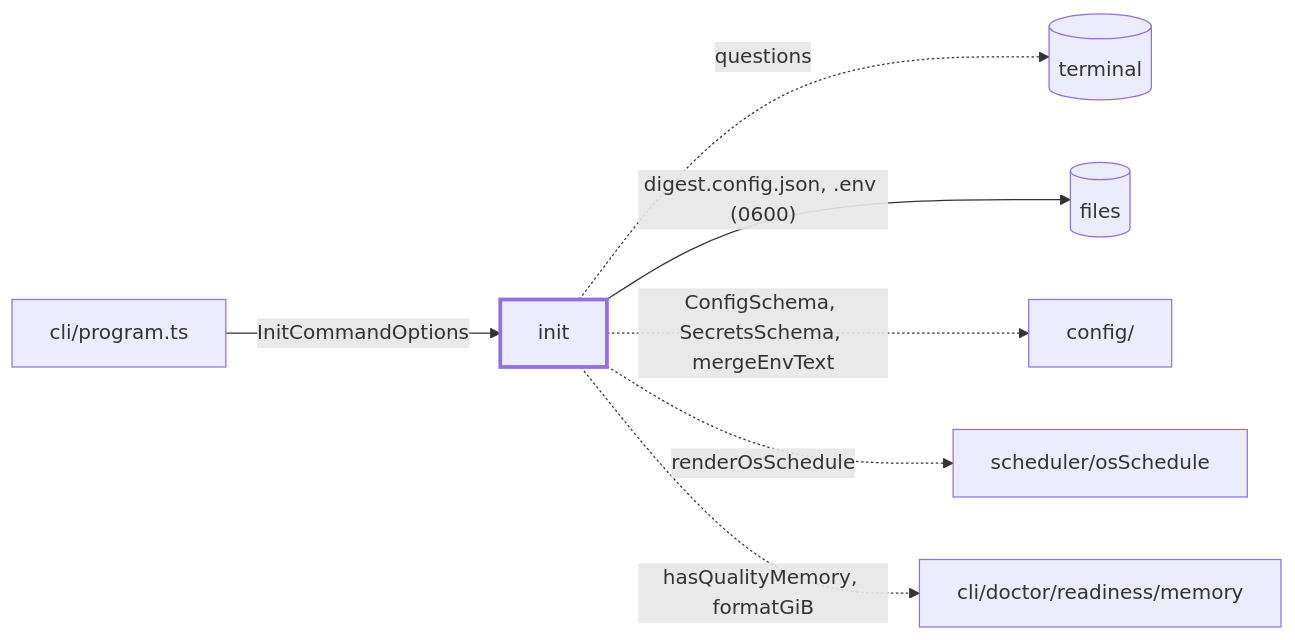
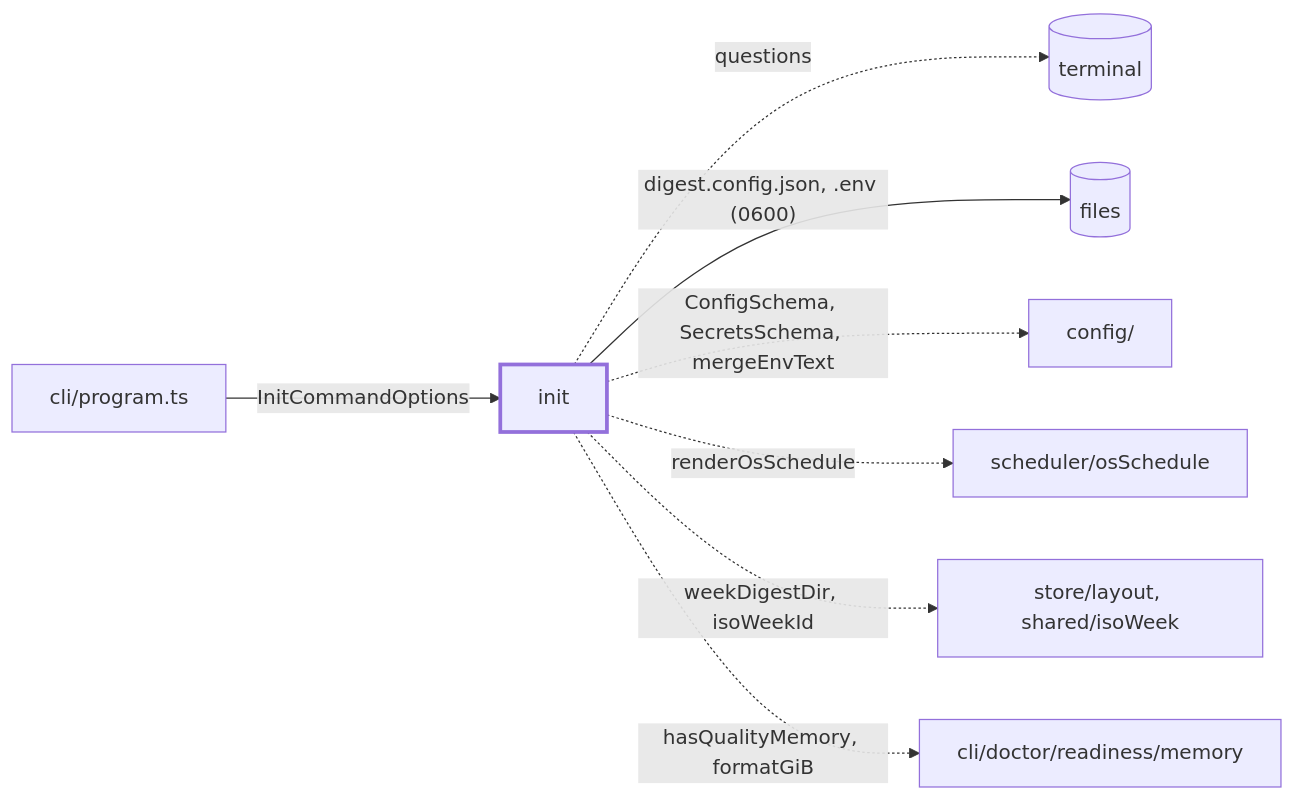
The first of 2 diagrams in src/cli/init/CLAUDE.md (odere-pro/weekly-engineering-digest-agent), drawn with Mermaid before and after one commit. The commit also changed other lines of this file and 21 other files, not shown here.

````diff
--- a/src/cli/init/CLAUDE.md
+++ b/src/cli/init/CLAUDE.md
@@ -10,10 +10,11 @@
 ```mermaid
 flowchart LR
   program["cli/program.ts"] -->|"InitCommandOptions"| init:::focus
   init -.->|"questions"| tty[("terminal")]
   init -->|"digest.config.json, .env (0600)"| disk[("files")]
   init -.->|"ConfigSchema, SecretsSchema, mergeEnvText"| config["config/"]
   init -.->|"renderOsSchedule"| scheduler["scheduler/osSchedule"]
+  init -.->|"weekDigestDir, isoWeekId"| layout["store/layout, shared/isoWeek"]
   init -.->|"hasQualityMemory, formatGiB"| memory["cli/doctor/readiness/memory"]
   classDef focus stroke-width:3px
 ```
````
